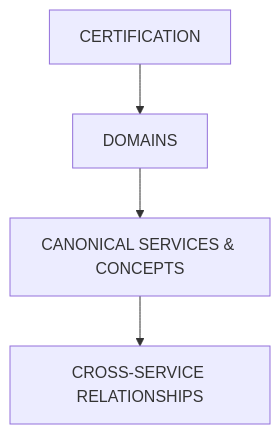
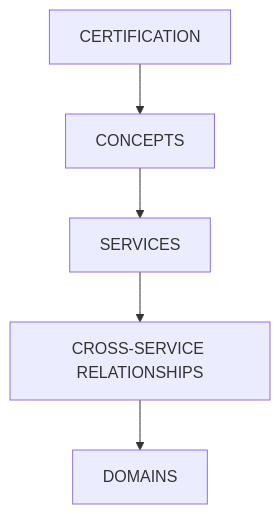
One commit to GabrielAlmeidaFlores/AWS-CloudOps-Engineer-Associate-Doc changed the fourth of 14 diagrams in AGENTS.md. Above: the diagram before and after it, drawn with Mermaid. The commit also changed other lines of this file and 17 other files, not shown here.

Commit message:
docs: reorder layers so concepts precede services; drop 00-certification

````diff
--- a/AGENTS.md
+++ b/AGENTS.md
@@ -429,4 +429,4 @@
 ```mermaid
 flowchart TD
-    A[CERTIFICATION] --> B[DOMAINS] --> C["CANONICAL SERVICES & CONCEPTS"] --> D["CROSS-SERVICE RELATIONSHIPS"]
+    A[CERTIFICATION] --> B[CONCEPTS] --> C[SERVICES] --> D["CROSS-SERVICE RELATIONSHIPS"] --> E[DOMAINS]
 ```
````
